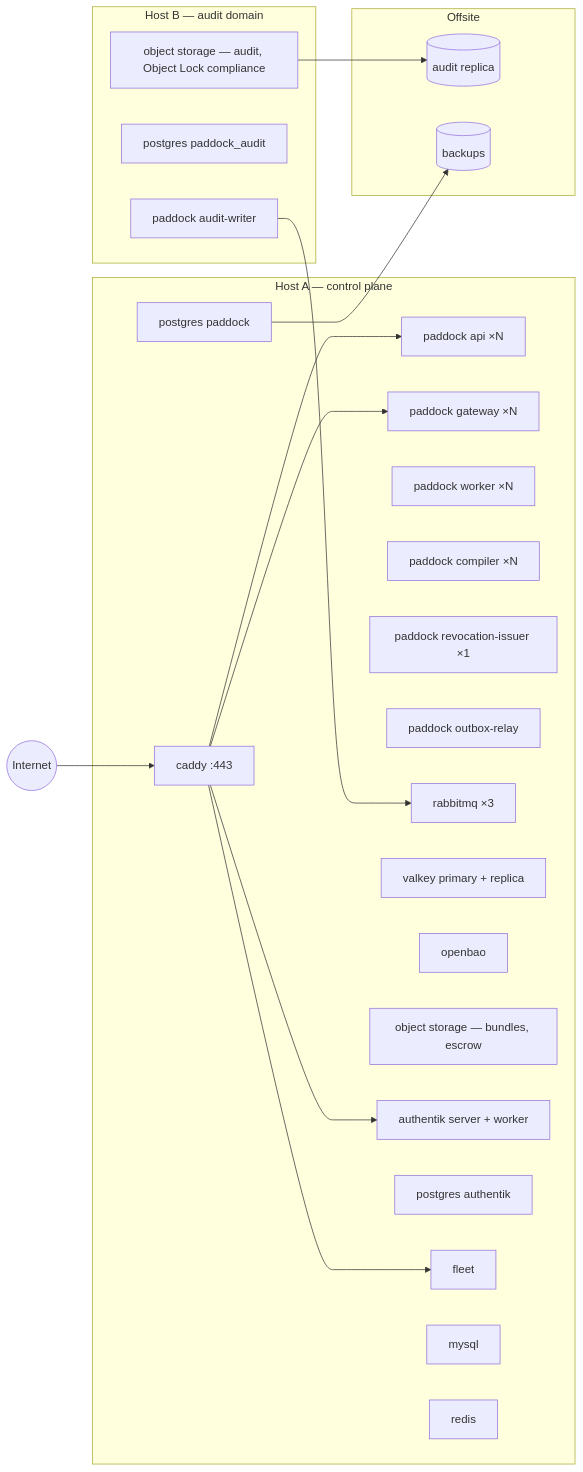
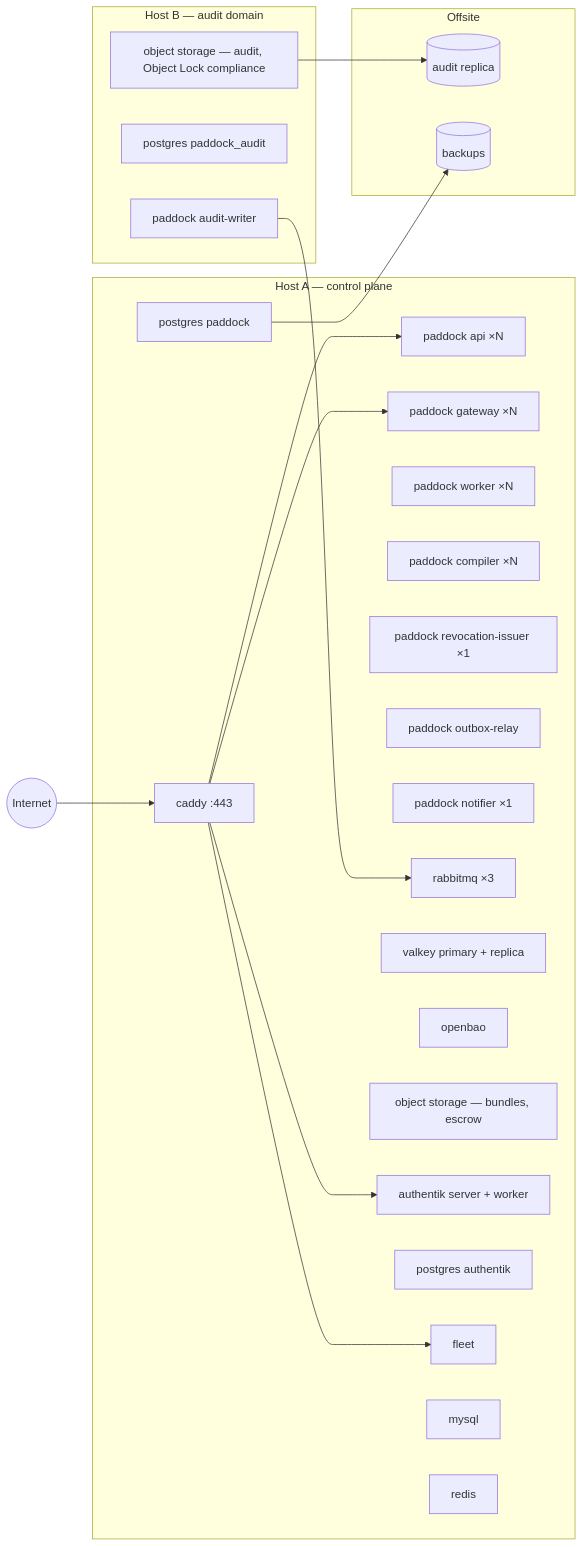
One commit to phischl/paddock-mdm changed the fourth of 19 diagrams in docs/architecture.md. Above: the diagram before and after it, drawn with Mermaid. The commit also changed other lines of this file and 263 other files, not shown here.

````diff
--- a/docs/architecture.md
+++ b/docs/architecture.md
@@ -293,44 +298,45 @@
 ```mermaid
 flowchart LR
   internet((Internet))
 
   subgraph hostA[Host A — control plane]
     caddy[caddy :443]
     api1[paddock api ×N]
     gw1[paddock gateway ×N]
     wk[paddock worker ×N]
     cp[paddock compiler ×N]
     ri[paddock revocation-issuer ×1]
     ob[paddock outbox-relay]
+    nt[paddock notifier ×1]
     mq1[rabbitmq ×3]
     vk1[valkey primary + replica]
     pg1[postgres paddock]
     bao1[openbao]
     s3one[object storage — bundles, escrow]
     akw[authentik server + worker]
     akpg[postgres authentik]
     fls[fleet]
     flmy[mysql]
     flr[redis]
   end
 
   subgraph hostB[Host B — audit domain]
     aw[paddock audit-writer]
     pga1[postgres paddock_audit]
     s3two[object storage — audit, Object Lock compliance]
   end
 
   subgraph offsite[Offsite]
     rep[(audit replica)]
     bkp[(backups)]
   end
 
   internet --> caddy
   caddy --> api1
   caddy --> gw1
   caddy --> akw
   caddy --> fls
   aw --> mq1
   s3two --> rep
   pg1 --> bkp
 ```
````
